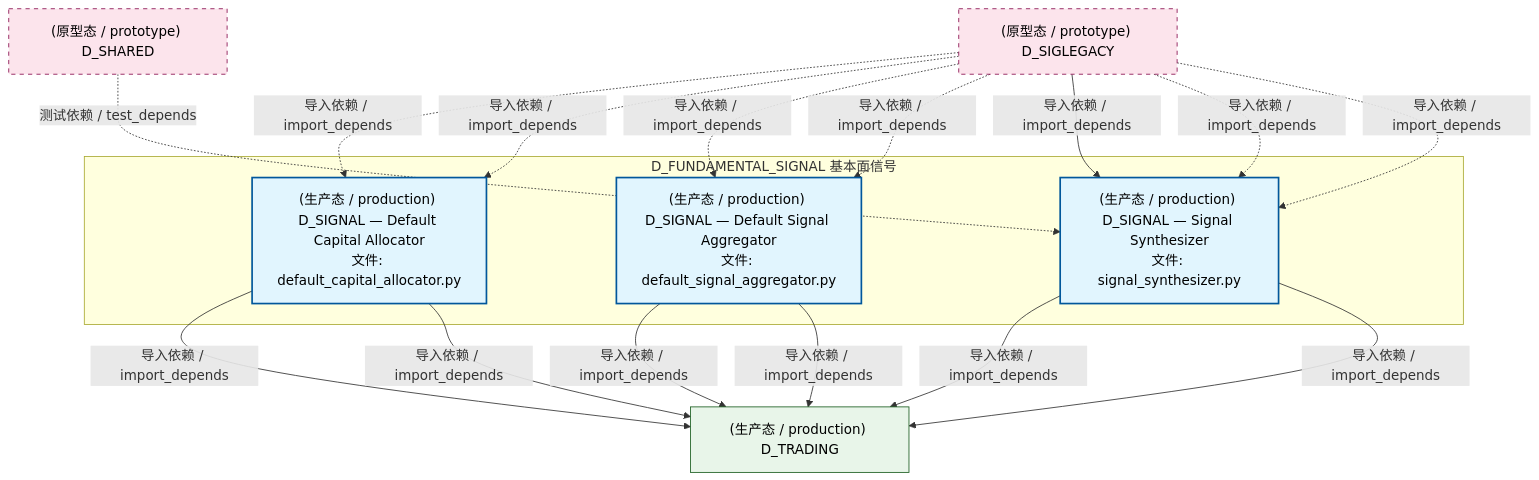
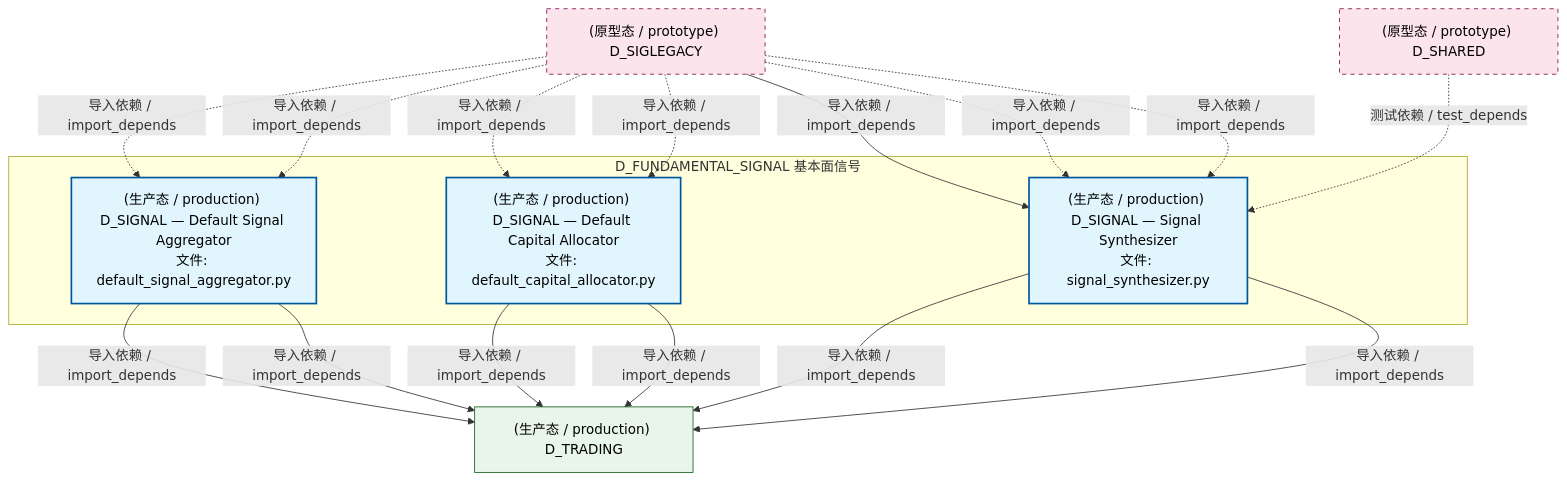
The second of 4 diagrams in docs/02_enterprise_architecture/02_domain_architecture_docs/37_d_fundamental_signal.md (xuanFelixVan/ZephyrAlpha), drawn with Mermaid before and after one commit. The commit also changed other lines of this file and 126 other files, not shown here.

````diff
--- a/docs/02_enterprise_architecture/02_domain_architecture_docs/37_d_fundamental_signal.md
+++ b/docs/02_enterprise_architecture/02_domain_architecture_docs/37_d_fundamental_signal.md
@@ -134,32 +134,32 @@
 ```mermaid
 graph TD
     subgraph D_FUNDAMENTAL_SIGNAL["D_FUNDAMENTAL_SIGNAL 基本面信号"]
         src_zephyr_signal_fundamental_gen_implementations_default_signal_aggregator_py["(生产态 / production) D_SIGNAL — Default Signal Aggregator<br/>文件: default_signal_aggregator.py"]
         src_zephyr_signal_fundamental_strategy_implementations_default_capital_allocator_py["(生产态 / production) D_SIGNAL — Default Capital Allocator<br/>文件: default_capital_allocator.py"]
         src_zephyr_signal_fundamental_synth_signal_synthesizer_py["(生产态 / production) D_SIGNAL — Signal Synthesizer<br/>文件: signal_synthesizer.py"]
     end
     D_TRADING["(生产态 / production) D_TRADING"]
     src_zephyr_signal_fundamental_synth_signal_synthesizer_py -->|导入依赖 / import_depends| D_TRADING
-    src_zephyr_signal_fundamental_strategy_implementations_default_capital_allocator_py -->|导入依赖 / import_depends| D_TRADING
-    src_zephyr_signal_fundamental_synth_signal_synthesizer_py -->|导入依赖 / import_depends| D_TRADING
     src_zephyr_signal_fundamental_gen_implementations_default_signal_aggregator_py -->|导入依赖 / import_depends| D_TRADING
     src_zephyr_signal_fundamental_gen_implementations_default_signal_aggregator_py -->|导入依赖 / import_depends| D_TRADING
     src_zephyr_signal_fundamental_strategy_implementations_default_capital_allocator_py -->|导入依赖 / import_depends| D_TRADING
+    src_zephyr_signal_fundamental_strategy_implementations_default_capital_allocator_py -->|导入依赖 / import_depends| D_TRADING
+    src_zephyr_signal_fundamental_synth_signal_synthesizer_py -->|导入依赖 / import_depends| D_TRADING
     D_SIGLEGACY["(原型态 / prototype) D_SIGLEGACY"]
+    D_SIGLEGACY -.->|导入依赖 / import_depends| src_zephyr_signal_fundamental_gen_implementations_default_signal_aggregator_py
+    D_SIGLEGACY -.->|导入依赖 / import_depends| src_zephyr_signal_fundamental_gen_implementations_default_signal_aggregator_py
     D_SIGLEGACY -.->|导入依赖 / import_depends| src_zephyr_signal_fundamental_strategy_implementations_default_capital_allocator_py
     D_SIGLEGACY -.->|导入依赖 / import_depends| src_zephyr_signal_fundamental_strategy_implementations_default_capital_allocator_py
-    D_SIGLEGACY -.->|导入依赖 / import_depends| src_zephyr_signal_fundamental_gen_implementations_default_signal_aggregator_py
-    D_SIGLEGACY -.->|导入依赖 / import_depends| src_zephyr_signal_fundamental_gen_implementations_default_signal_aggregator_py
     D_SIGLEGACY -->|导入依赖 / import_depends| src_zephyr_signal_fundamental_synth_signal_synthesizer_py
     D_SIGLEGACY -.->|导入依赖 / import_depends| src_zephyr_signal_fundamental_synth_signal_synthesizer_py
     D_SIGLEGACY -.->|导入依赖 / import_depends| src_zephyr_signal_fundamental_synth_signal_synthesizer_py
     D_SHARED["(原型态 / prototype) D_SHARED"]
     D_SHARED -.->|测试依赖 / test_depends| src_zephyr_signal_fundamental_synth_signal_synthesizer_py
     classDef production fill:#e1f5fe,stroke:#01579b,stroke-width:2px,color:#000
     classDef design fill:#fff3e0,stroke:#e65100,stroke-width:2px,color:#000,stroke-dasharray: 5 5
     classDef external_prod fill:#e8f5e9,stroke:#1b5e20,stroke-width:1px,color:#000
     classDef external_design fill:#fce4ec,stroke:#880e4f,stroke-width:1px,color:#000,stroke-dasharray: 5 5
     class src_zephyr_signal_fundamental_gen_implementations_default_signal_aggregator_py,src_zephyr_signal_fundamental_strategy_implementations_default_capital_allocator_py,src_zephyr_signal_fundamental_synth_signal_synthesizer_py production
     class D_TRADING external_prod
     class D_SIGLEGACY,D_SHARED external_design
 ```
````
